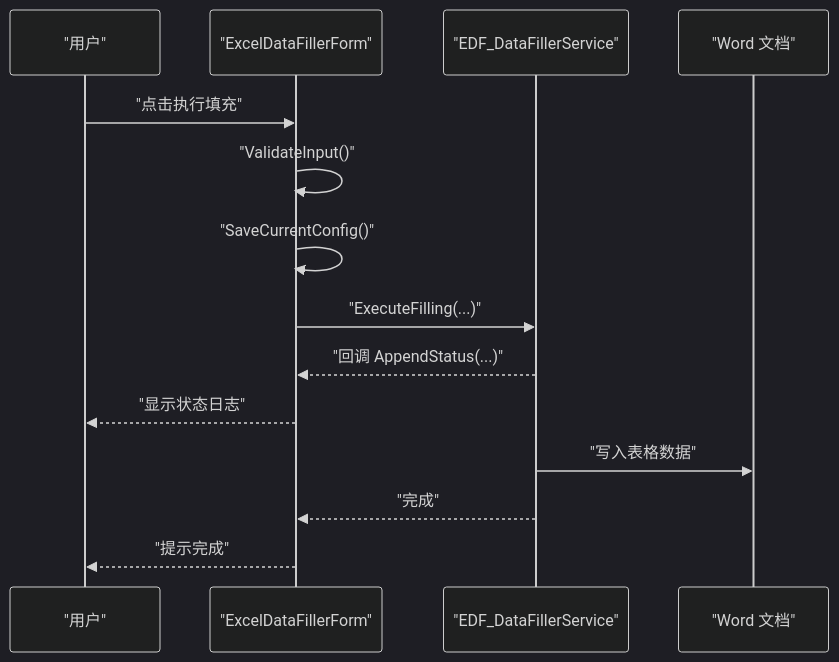
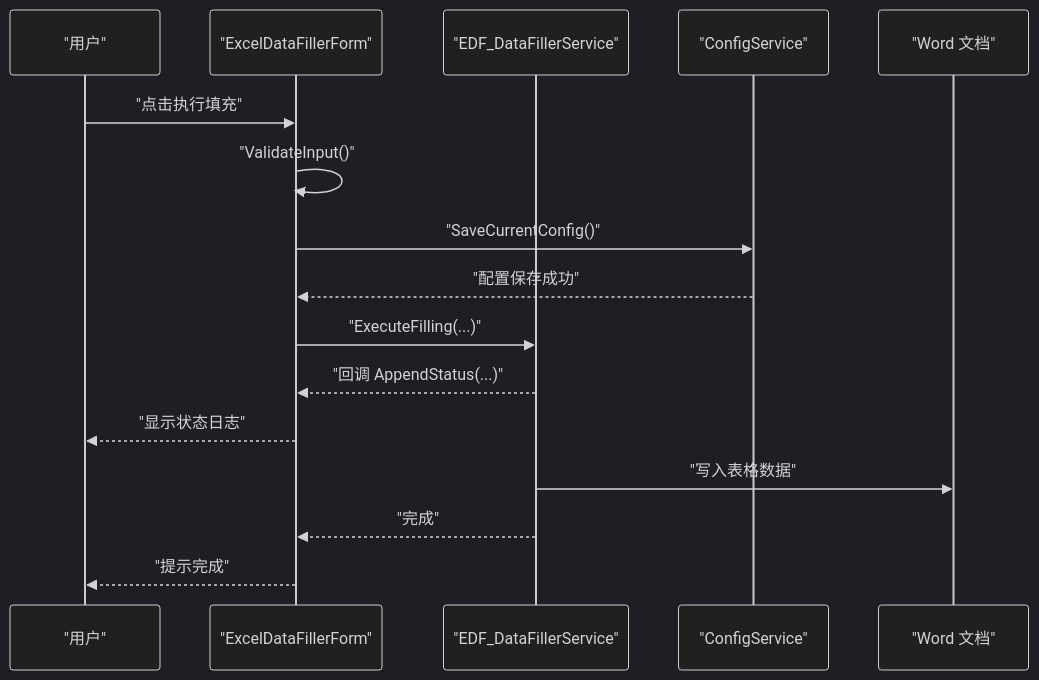
One commit to rainiva/WordTools changed the sixth of 9 diagrams in .qoder/repowiki/zh/content/界面组件/界面组件.md. Above: the diagram before and after it, drawn with Mermaid (dark theme). The commit also changed other lines of this file and 12 other files, not shown here.

````diff
--- a/.qoder/repowiki/zh/content/界面组件/界面组件.md
+++ b/.qoder/repowiki/zh/content/界面组件/界面组件.md
@@ -275,16 +284,18 @@
 ```mermaid
 sequenceDiagram
 participant User as "用户"
 participant Form as "ExcelDataFillerForm"
 participant Service as "EDF_DataFillerService"
+participant Config as "ConfigService"
 participant Word as "Word 文档"
 User->>Form : "点击执行填充"
 Form->>Form : "ValidateInput()"
-Form->>Form : "SaveCurrentConfig()"
+Form->>Config : "SaveCurrentConfig()"
+Config-->>Form : "配置保存成功"
 Form->>Service : "ExecuteFilling(...)"
 Service-->>Form : "回调 AppendStatus(...)"
 Form-->>User : "显示状态日志"
 Service->>Word : "写入表格数据"
 Service-->>Form : "完成"
 Form-->>User : "提示完成"
 ```
````
